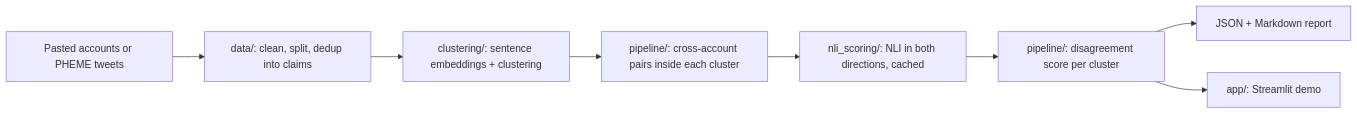
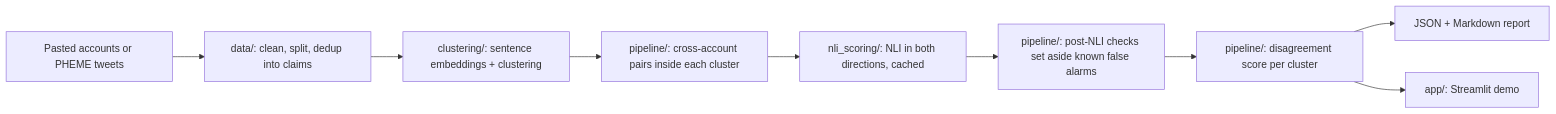
One commit to deus0301/Witness_Inconsistency_Detector changed the diagram in README.md. Above: the diagram before and after it, drawn with Mermaid. The commit also changed other lines of this file and 7 other files, not shown here.

First line of the commit message:
Add post-NLI checks that set aside known false alarms

````diff
--- a/README.md
+++ b/README.md
@@ -17,10 +20,11 @@
 ```mermaid
 flowchart LR
     A[Pasted accounts or PHEME tweets] --> B["data/: clean, split, dedup into claims"]
     B --> C["clustering/: sentence embeddings + clustering"]
     C --> D["pipeline/: cross-account pairs inside each cluster"]
     D --> E["nli_scoring/: NLI in both directions, cached"]
-    E --> F["pipeline/: disagreement score per cluster"]
+    E --> X["pipeline/: post-NLI checks set aside known false alarms"]
+    X --> F["pipeline/: disagreement score per cluster"]
     F --> G[JSON + Markdown report]
     F --> H["app/: Streamlit demo"]
 ```
````
